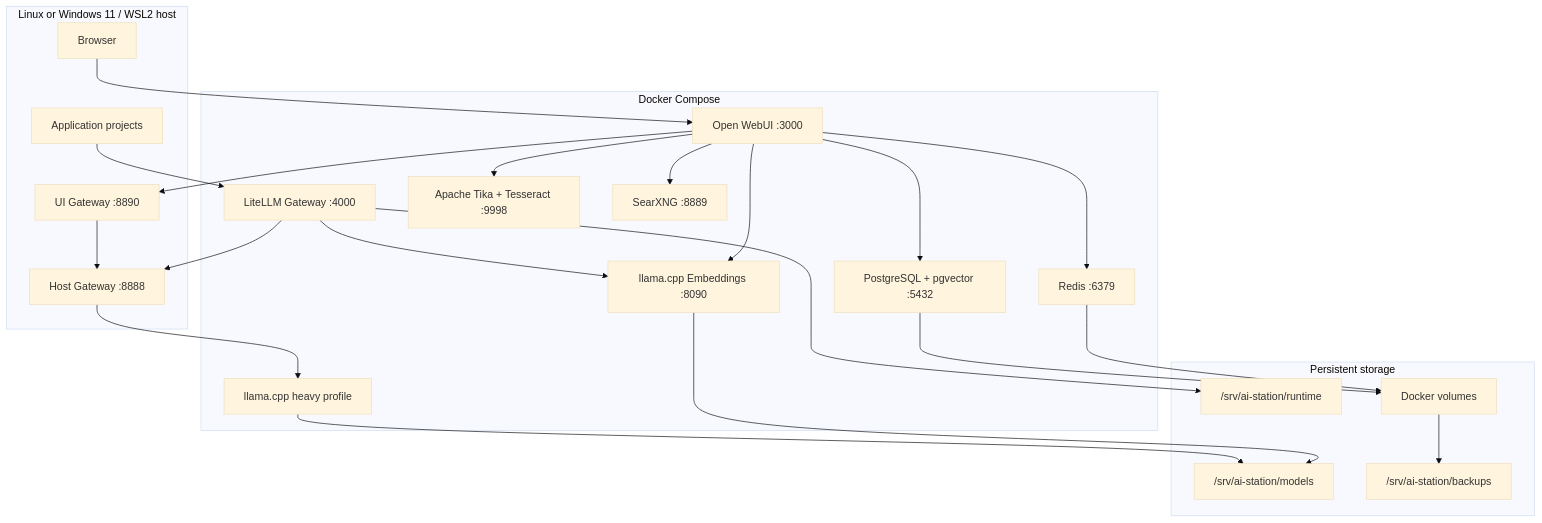
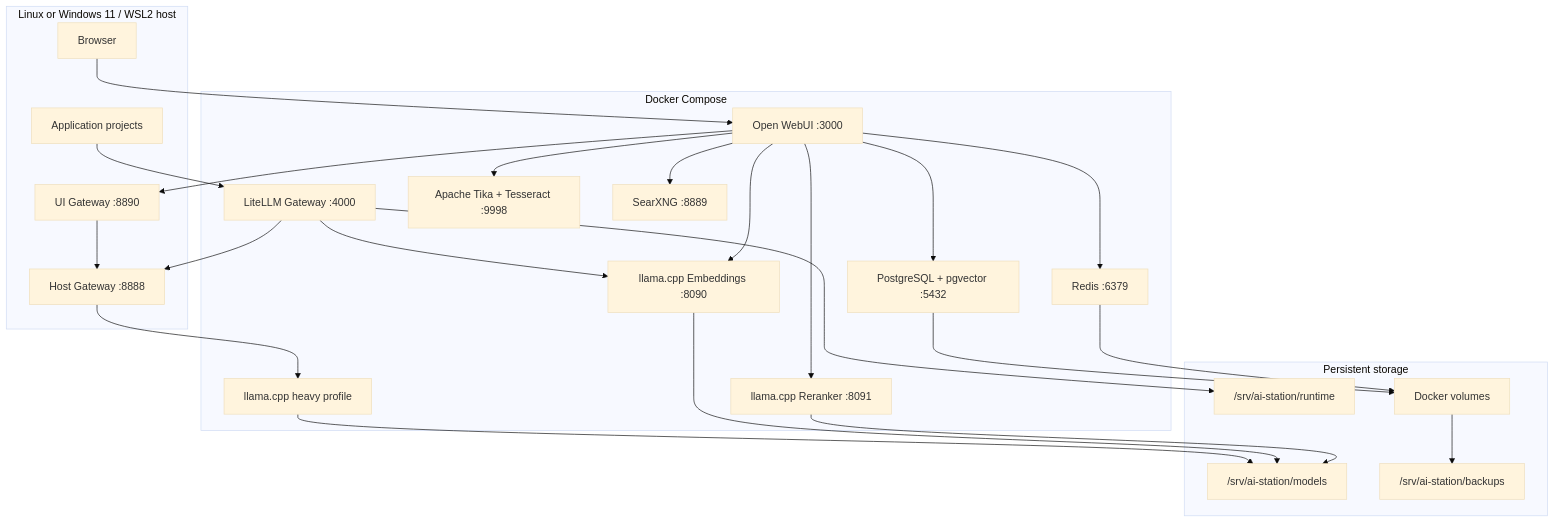
One commit to Ramtin-Karbaschi/ai-station changed the diagram in docs/ARCHITECTURE.md. Above: the diagram before and after it, drawn with Mermaid (base theme). The commit also changed other lines of this file and 27 other files, not shown here.

First line of the commit message:
feat: wire Open WebUI hybrid RAG notebooks to the CPU reranker

```diff
--- a/docs/ARCHITECTURE.md
+++ b/docs/ARCHITECTURE.md
@@ -18,48 +18,51 @@
 ~~~mermaid
 flowchart TB
     subgraph Host["Linux or Windows 11 / WSL2 host"]
         Browser["Browser"]
         Apps["Application projects"]
         UIGateway["UI Gateway :8890"]
         Gateway["Host Gateway :8888"]
     end
 
     subgraph Docker["Docker Compose"]
         WebUI["Open WebUI :3000"]
         LiteLLM["LiteLLM Gateway :4000"]
         LLM["llama.cpp heavy profile"]
         Embedder["llama.cpp Embeddings :8090"]
+        Reranker["llama.cpp Reranker :8091"]
         Tika["Apache Tika + Tesseract :9998"]
         Search["SearXNG :8889"]
         Postgres["PostgreSQL + pgvector :5432"]
         Redis["Redis :6379"]
     end
 
     subgraph Storage["Persistent storage"]
         Models["/srv/ai-station/models"]
         Runtime["/srv/ai-station/runtime"]
         Backups["/srv/ai-station/backups"]
         Volumes["Docker volumes"]
     end
 
     Browser --> WebUI
     WebUI --> UIGateway
     UIGateway --> Gateway
     Gateway --> LLM
     Apps --> LiteLLM
     LiteLLM --> Gateway
     LiteLLM --> Embedder
 
     WebUI --> Embedder
+    WebUI --> Reranker
     WebUI --> Tika
     WebUI --> Search
     WebUI --> Postgres
     WebUI --> Redis
 
     LLM --> Models
     Embedder --> Models
+    Reranker --> Models
     Postgres --> Volumes
     Redis --> Volumes
     Volumes --> Backups
     LiteLLM --> Runtime
 ~~~
```
